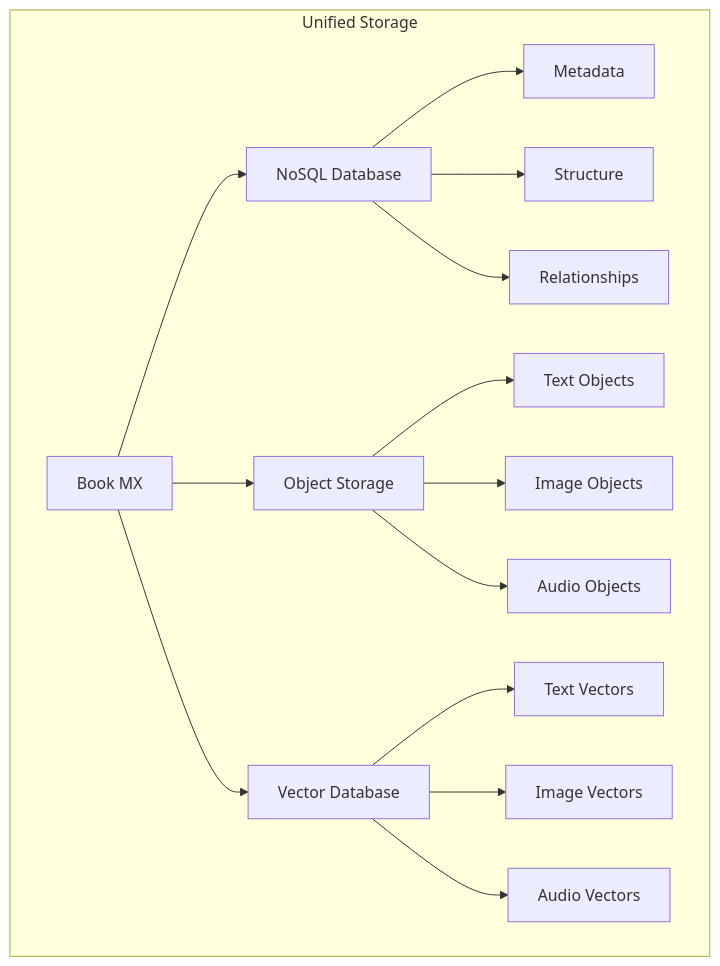
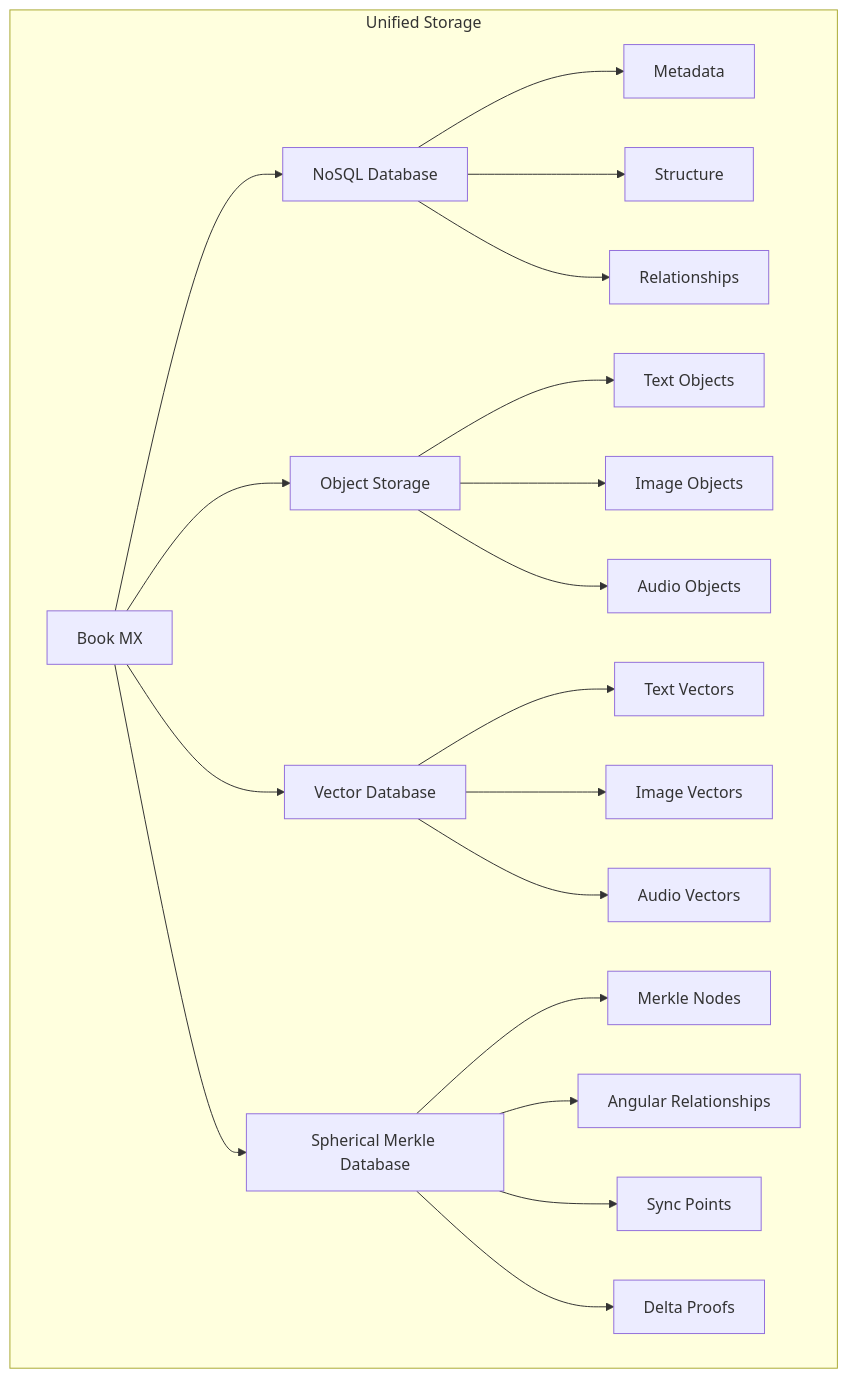
One commit to heavyblotto/memorativa changed the fourth of 4 diagrams in docs/3. the machine system/memorativa-3-4-enhanced-books-mx.md. Above: the diagram before and after it, drawn with Mermaid. The commit also changed other lines of this file and 71 other files, not shown here.

````diff
--- a/docs/3. the machine system/memorativa-3-4-enhanced-books-mx.md
+++ b/docs/3. the machine system/memorativa-3-4-enhanced-books-mx.md
@@ -498,20 +855,26 @@
 ```mermaid
 graph TD
     subgraph "Unified Storage"
         B[Book MX] --> DB[NoSQL Database]
         B --> OS[Object Storage]
         B --> VDB[Vector Database]
+        B --> SMT[Spherical Merkle Database]
 
         DB --> MD[Metadata]
         DB --> STR[Structure]
         DB --> REL[Relationships]
 
         OS --> T[Text Objects]
         OS --> I[Image Objects]
         OS --> A[Audio Objects]
 
         VDB --> TV[Text Vectors]
         VDB --> IV[Image Vectors]
         VDB --> AV[Audio Vectors]
+        
+        SMT --> MN[Merkle Nodes]
+        SMT --> AR[Angular Relationships]
+        SMT --> SP[Sync Points]
+        SMT --> DP[Delta Proofs]
     end
 ```
````
